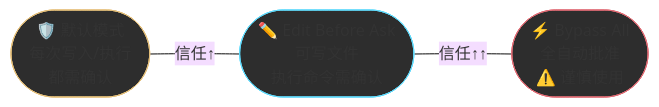
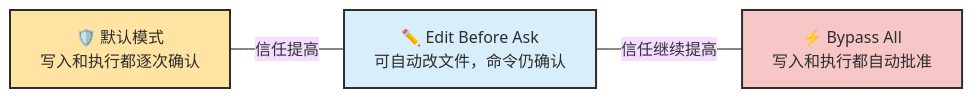
The first of 6 diagrams in docs/chapters/ch08-config-session.md (zht043/AgenticCodingTutorial), drawn with Mermaid (base theme) before and after one commit. The commit also changed other lines of this file and 69 other files, not shown here.

Commit message:
optimize docs and add mermaid validation

````diff
--- a/docs/chapters/ch08-config-session.md
+++ b/docs/chapters/ch08-config-session.md
@@ -22,12 +22,12 @@
 ```mermaid
 flowchart LR
-    classDef default_mode fill:#2d2d2d,stroke:#e5c07b
-    classDef edit_mode fill:#2d2d2d,stroke:#61dafb
-    classDef bypass_mode fill:#2d2d2d,stroke:#e06c75
+    classDef low fill:#ffe3a3,stroke:#2d2d2d,stroke-width:2px,color:#2d2d2d
+    classDef mid fill:#d8eefb,stroke:#2d2d2d,stroke-width:2px,color:#2d2d2d
+    classDef high fill:#f7c6c7,stroke:#2d2d2d,stroke-width:2px,color:#2d2d2d
 
-    M1(["🛡️ 默认模式<br/>每次写入/执行<br/>都需确认"]):::default_mode
-    M2(["✏️ Edit Before Ask<br/>可写文件<br/>执行命令需确认"]):::edit_mode
-    M3(["⚡ Bypass All<br/>全自动批准<br/>⚠️ 谨慎使用"]):::bypass_mode
+    M1["🛡️ 默认模式<br/>写入和执行都逐次确认"]:::low
+    M2["✏️ Edit Before Ask<br/>可自动改文件，命令仍确认"]:::mid
+    M3["⚡ Bypass All<br/>写入和执行都自动批准"]:::high
 
-    M1 ---|"信任↑"| M2 ---|"信任↑↑"| M3
+    M1 ---|"信任提高"| M2 ---|"信任继续提高"| M3
 ```
````
